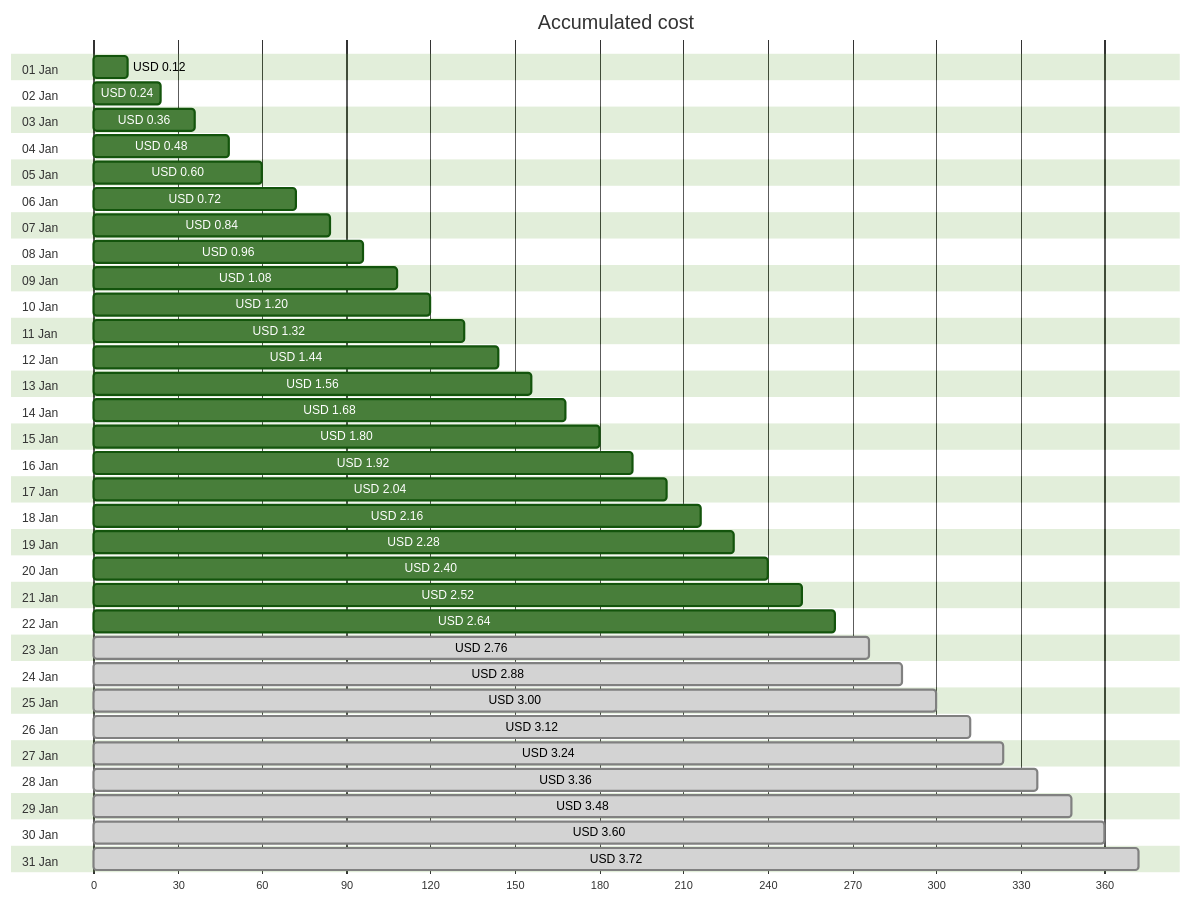
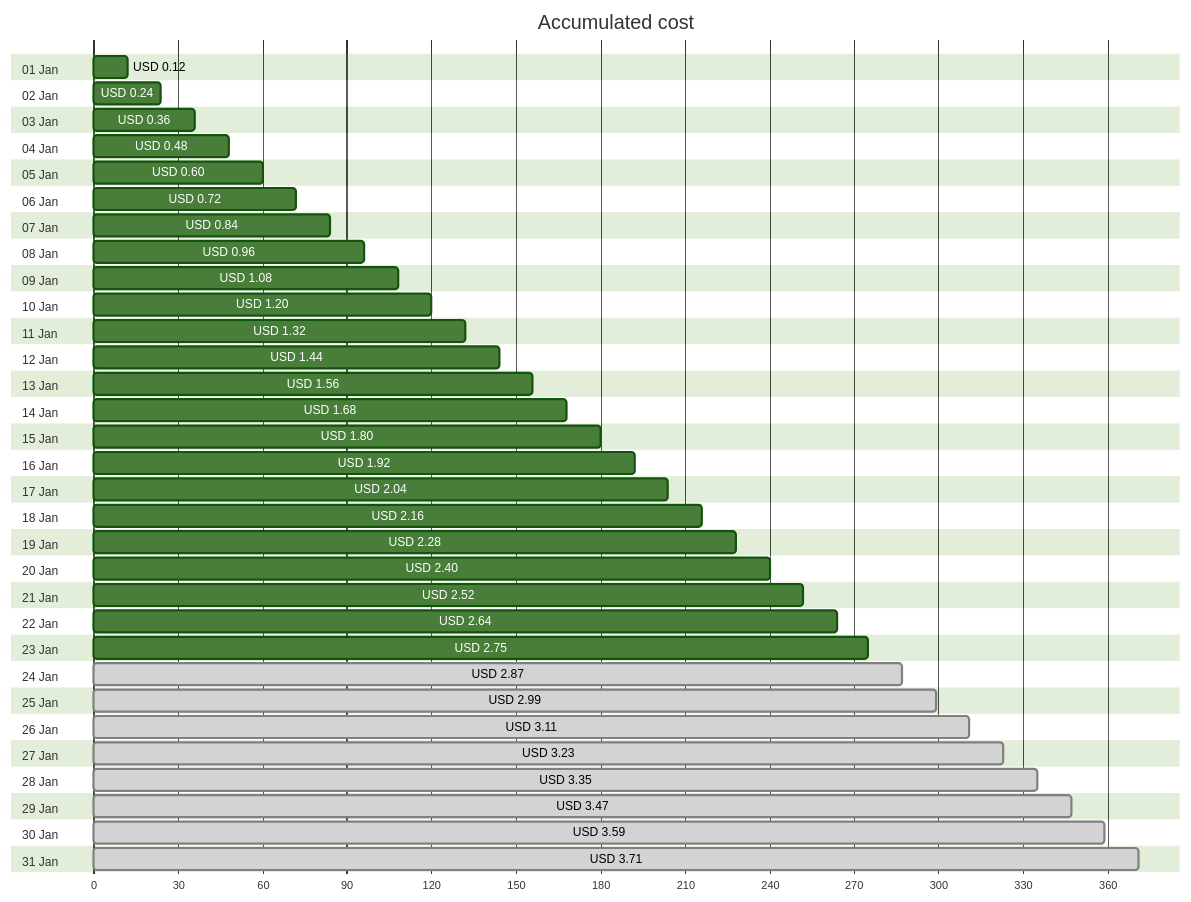
One commit to jpfulton/azure-personal-reports changed the first of 4 diagrams in cost-reports/personal-network/backup-server-public-ip.md. Above: the diagram before and after it, drawn with Mermaid (forest theme). The commit also changed other lines of this file and 8 other files, not shown here.

````diff
--- a/cost-reports/personal-network/backup-server-public-ip.md
+++ b/cost-reports/personal-network/backup-server-public-ip.md
@@ -20,68 +20,68 @@
 ```mermaid
 gantt
    title Accumulated cost
    dateFormat  X
    axisFormat %s
    section 01 Jan
    USD 0.12 :0, 12
    section 02 Jan
    USD 0.24 :0, 24
    section 03 Jan
    USD 0.36 :0, 36
    section 04 Jan
    USD 0.48 :0, 48
    section 05 Jan
    USD 0.60 :0, 60
    section 06 Jan
    USD 0.72 :0, 72
    section 07 Jan
    USD 0.84 :0, 84
    section 08 Jan
    USD 0.96 :0, 96
    section 09 Jan
    USD 1.08 :0, 108
    section 10 Jan
    USD 1.20 :0, 120
    section 11 Jan
    USD 1.32 :0, 132
    section 12 Jan
    USD 1.44 :0, 144
    section 13 Jan
    USD 1.56 :0, 156
    section 14 Jan
    USD 1.68 :0, 168
    section 15 Jan
    USD 1.80 :0, 180
    section 16 Jan
    USD 1.92 :0, 192
    section 17 Jan
    USD 2.04 :0, 204
    section 18 Jan
    USD 2.16 :0, 216
    section 19 Jan
    USD 2.28 :0, 228
    section 20 Jan
    USD 2.40 :0, 240
    section 21 Jan
    USD 2.52 :0, 252
    section 22 Jan
    USD 2.64 :0, 264
    section 23 Jan
-   USD 2.76 : done, 0, 276
+   USD 2.75 :0, 275
    section 24 Jan
-   USD 2.88 : done, 0, 288
+   USD 2.87 : done, 0, 287
    section 25 Jan
-   USD 3.00 : done, 0, 300
+   USD 2.99 : done, 0, 299
    section 26 Jan
-   USD 3.12 : done, 0, 312
+   USD 3.11 : done, 0, 311
    section 27 Jan
-   USD 3.24 : done, 0, 324
+   USD 3.23 : done, 0, 323
    section 28 Jan
-   USD 3.36 : done, 0, 336
+   USD 3.35 : done, 0, 335
    section 29 Jan
-   USD 3.48 : done, 0, 348
+   USD 3.47 : done, 0, 347
    section 30 Jan
-   USD 3.60 : done, 0, 360
+   USD 3.59 : done, 0, 359
    section 31 Jan
-   USD 3.72 : done, 0, 372
+   USD 3.71 : done, 0, 371
 ```
````
